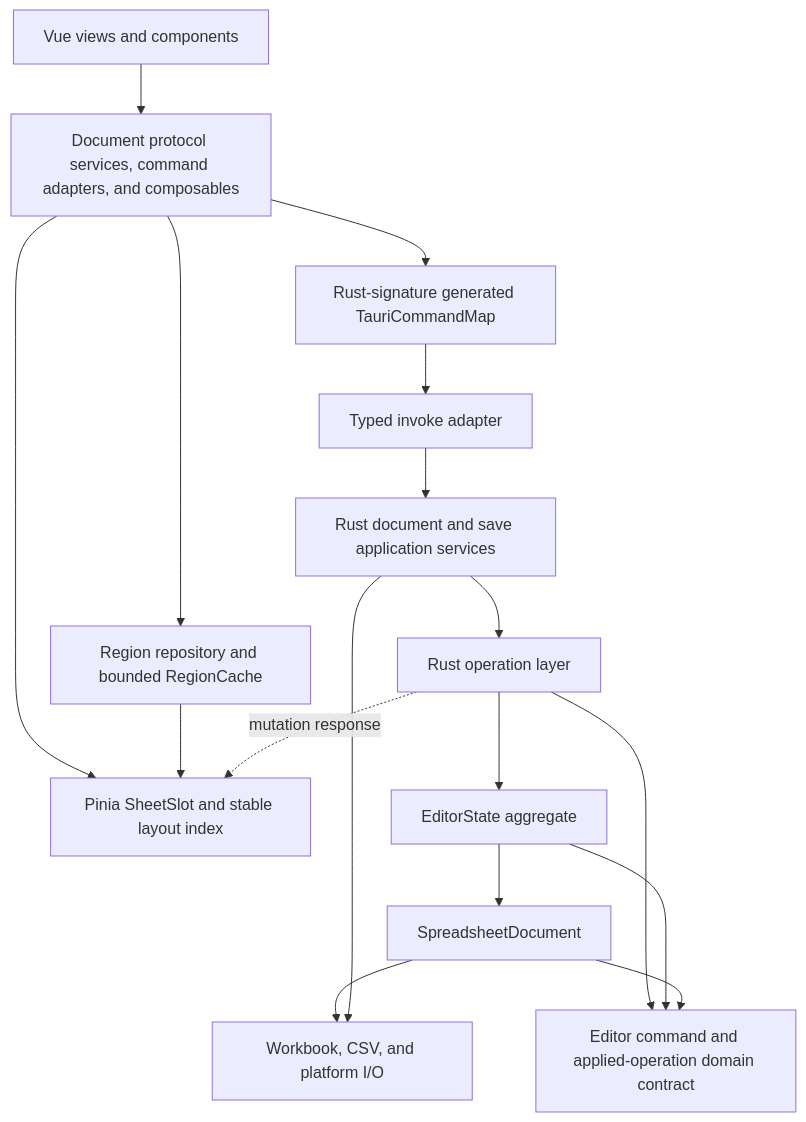
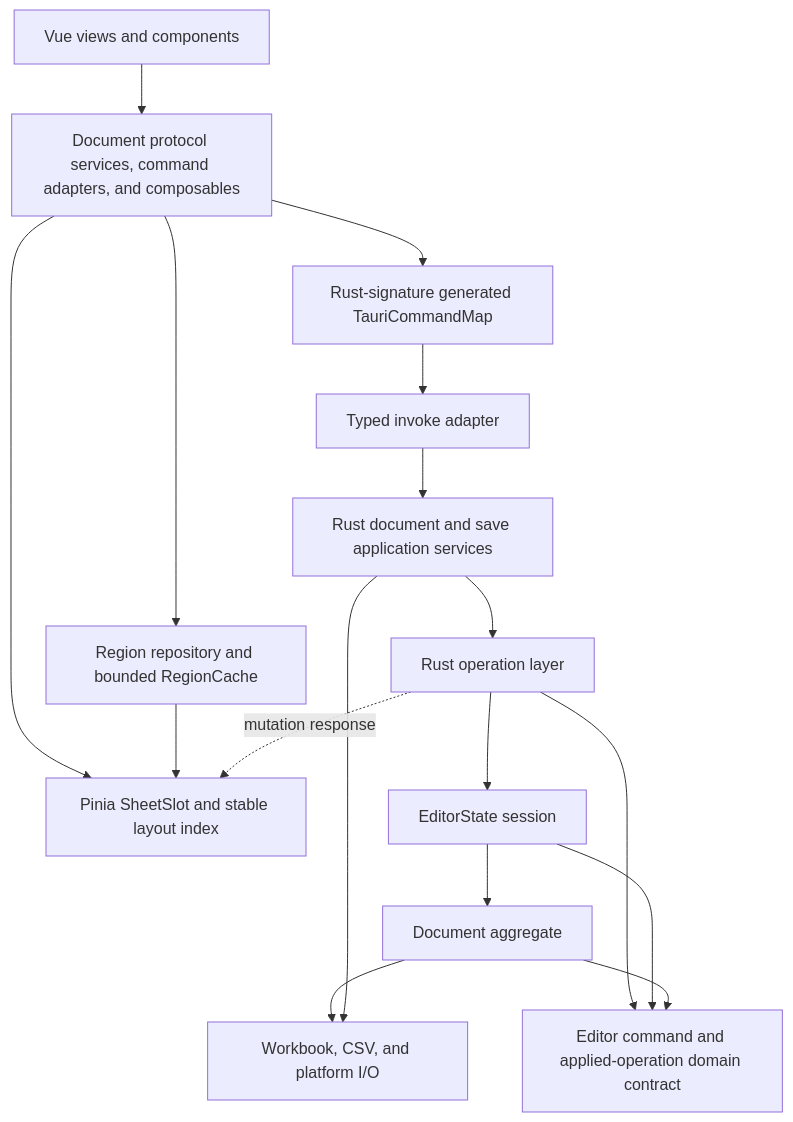
The diagram in docs/architecture.md (mingchiuli/simple-table), drawn with Mermaid before and after one commit. The commit also changed other lines of this file and 67 other files, not shown here.

````diff
--- a/docs/architecture.md
+++ b/docs/architecture.md
@@ -8,24 +8,24 @@
 ```mermaid
 flowchart TB
     UI[Vue views and components]
     APP[Document protocol services, command adapters, and composables]
     STORE[Pinia SheetSlot and stable layout index]
     REGION[Region repository and bounded RegionCache]
     RPC[Rust-signature generated TauriCommandMap]
     IPC[Typed invoke adapter]
     SERVICE[Rust document and save application services]
     OPS[Rust operation layer]
-    STATE[EditorState aggregate]
+    STATE[EditorState session]
     DOMAIN[Editor command and applied-operation domain contract]
-    DOC[SpreadsheetDocument]
+    DOC[Document aggregate]
     IO[Workbook, CSV, and platform I/O]
 
     UI --> APP --> STORE
     APP --> REGION --> STORE
     APP --> RPC --> IPC --> SERVICE --> OPS --> STATE --> DOC --> IO
     OPS --> DOMAIN
     STATE --> DOMAIN
     DOC --> DOMAIN
     SERVICE --> IO
     OPS -. mutation response .-> STORE
 ```
````
